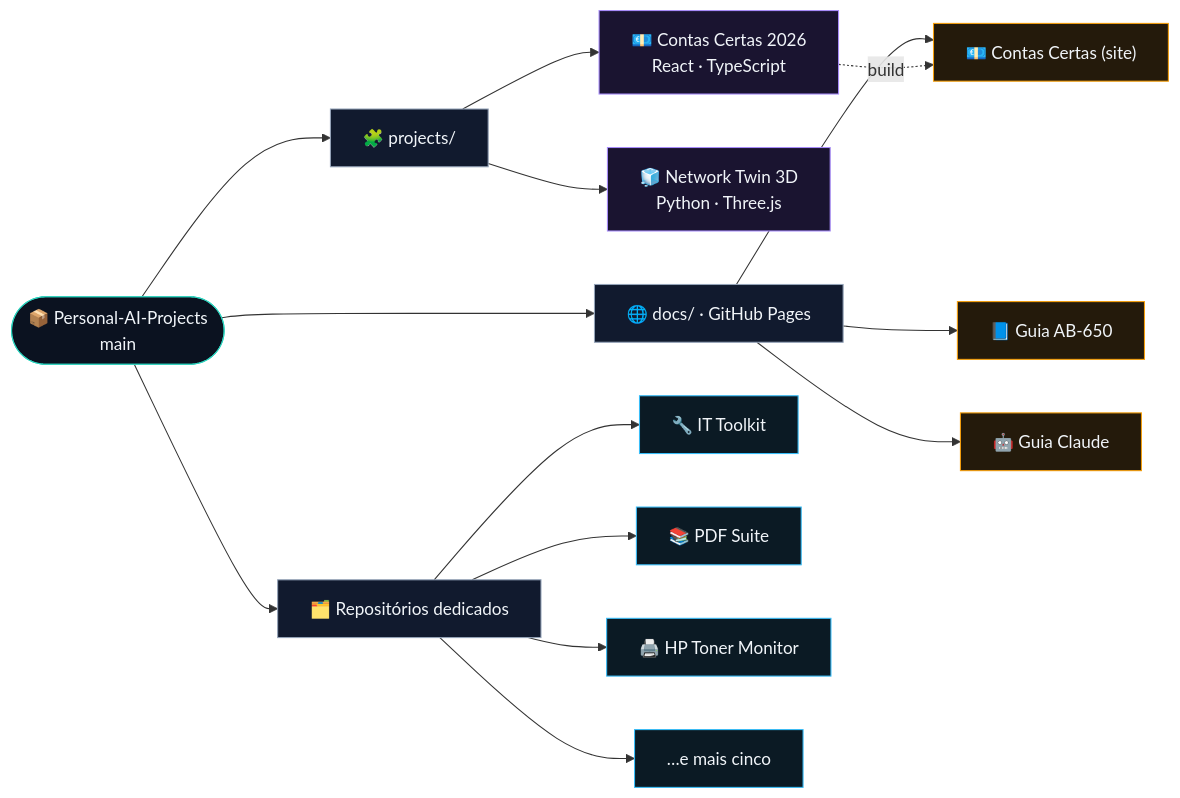
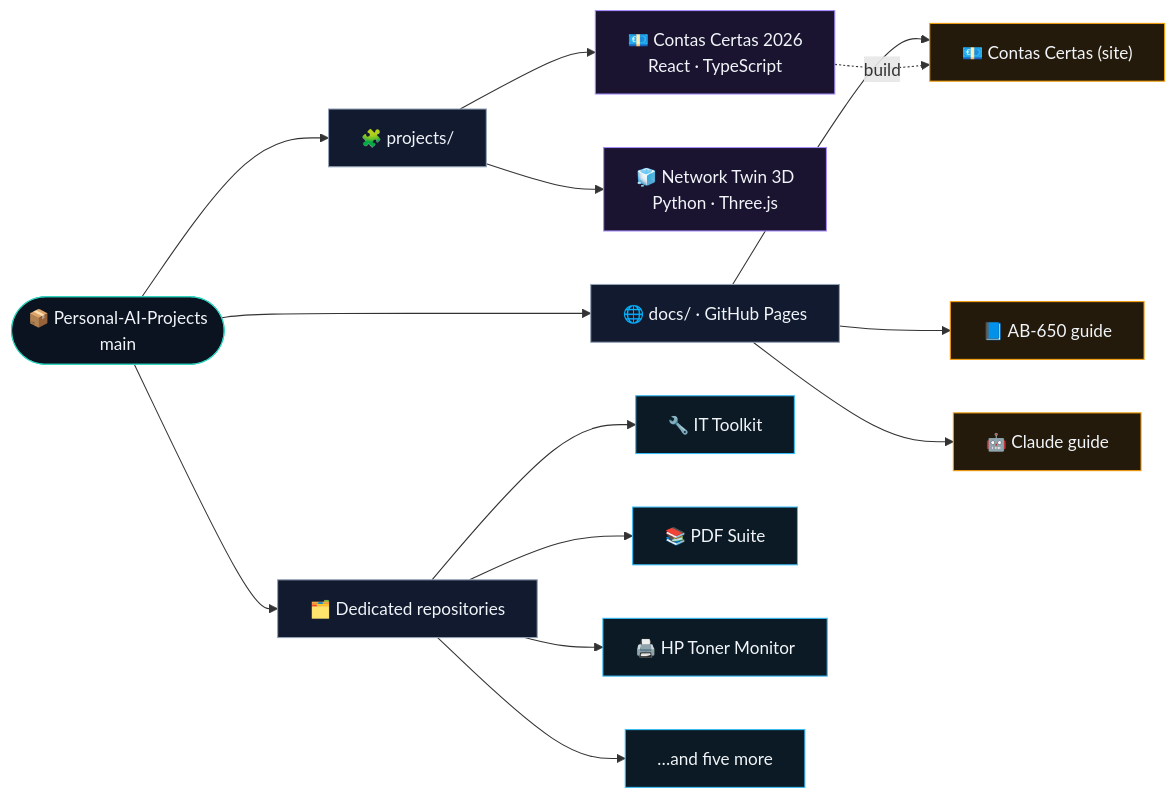
Before and after one commit to RafaDevpt/Personal-AI-Projects: the diagram in README.md, drawn with Mermaid. The commit also changed other lines of this file and 9 other files, not shown here.

````diff
--- a/README.md
+++ b/README.md
@@ -52,24 +46,24 @@
 ```mermaid
 flowchart LR
     hub(["📦 Personal-AI-Projects<br/>main"])
     hub --> P["🧩 projects/"]
     hub --> D["🌐 docs/ · GitHub Pages"]
-    hub --> R["🗂️ Repositórios dedicados"]
+    hub --> R["🗂️ Dedicated repositories"]
     P --> NT["🧊 Network Twin 3D<br/>Python · Three.js"]
     P --> CC["💶 Contas Certas 2026<br/>React · TypeScript"]
-    D --> AB["📘 Guia AB-650"]
-    D --> CL["🤖 Guia Claude"]
+    D --> AB["📘 AB-650 guide"]
+    D --> CL["🤖 Claude guide"]
     D --> CW["💶 Contas Certas (site)"]
     CC -. "build" .-> CW
     R --> T1["🔧 IT Toolkit"]
     R --> T2["📚 PDF Suite"]
     R --> T3["🖨️ HP Toner Monitor"]
-    R --> T4["…e mais cinco"]
+    R --> T4["…and five more"]
 
     classDef hubc fill:#0b1220,stroke:#2dd4bf,color:#f1f5f9;
     classDef zone fill:#111a2e,stroke:#94a3b8,color:#f1f5f9;
     classDef proj fill:#1a1430,stroke:#a78bfa,color:#f1f5f9;
     classDef site fill:#241a0b,stroke:#f59e0b,color:#f1f5f9;
     classDef ext fill:#0b1a24,stroke:#38bdf8,color:#f1f5f9;
     class hub hubc; class P,D,R zone; class NT,CC proj; class AB,CL,CW site; class T1,T2,T3,T4 ext;
 ```
````
